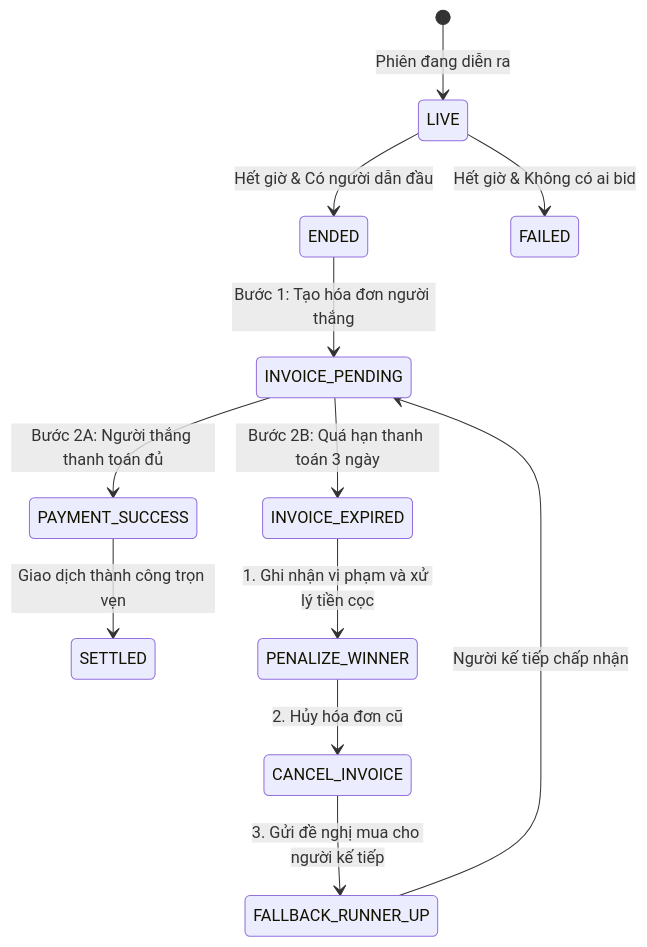
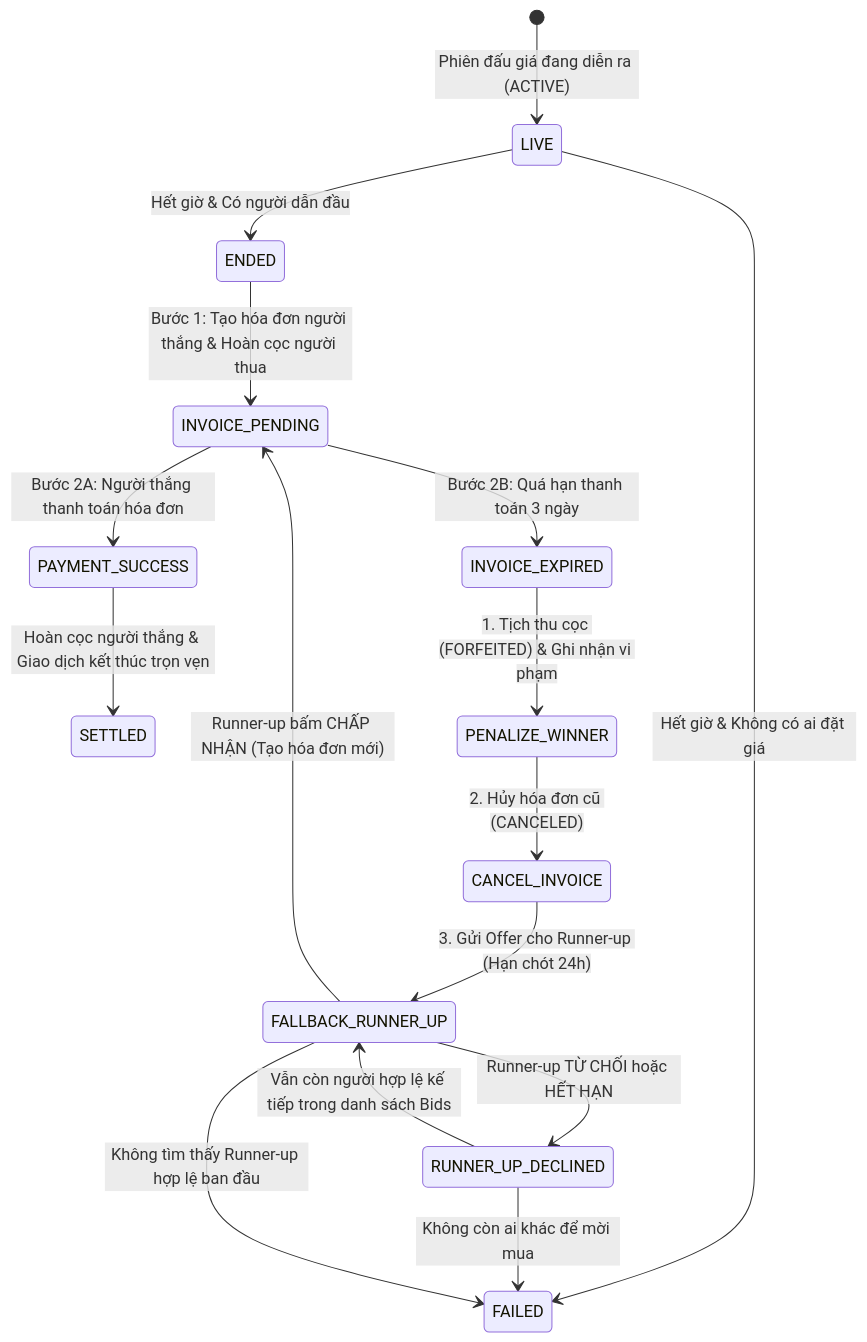
Before and after one commit to introvertkid/bidding-system: the fifth of 5 diagrams in docs/archtecture_specific.md, drawn with Mermaid. The commit also changed other lines of this file and 26 other files, not shown here.

Commit message:
feat(saga): implement post-auction settlement (GP5), mock deposits, and update architecture spec

````diff
--- a/docs/archtecture_specific.md
+++ b/docs/archtecture_specific.md
@@ -286,16 +349,21 @@
 ```mermaid
 stateDiagram-v2
-    [*] --> LIVE: Phiên đang diễn ra
+    [*] --> LIVE: Phiên đấu giá đang diễn ra (ACTIVE)
     LIVE --> ENDED: Hết giờ & Có người dẫn đầu
-    LIVE --> FAILED: Hết giờ & Không có ai bid
+    LIVE --> FAILED: Hết giờ & Không có ai đặt giá
 
-    ENDED --> INVOICE_PENDING: Bước 1: Tạo hóa đơn người thắng
-    INVOICE_PENDING --> PAYMENT_SUCCESS: Bước 2A: Người thắng thanh toán đủ
-    PAYMENT_SUCCESS --> SETTLED: Giao dịch thành công trọn vẹn
+    ENDED --> INVOICE_PENDING: Bước 1: Tạo hóa đơn người thắng & Hoàn cọc người thua
+    INVOICE_PENDING --> PAYMENT_SUCCESS: Bước 2A: Người thắng thanh toán hóa đơn
+    PAYMENT_SUCCESS --> SETTLED: Hoàn cọc người thắng & Giao dịch kết thúc trọn vẹn
 
     INVOICE_PENDING --> INVOICE_EXPIRED: Bước 2B: Quá hạn thanh toán 3 ngày
-    INVOICE_EXPIRED --> PENALIZE_WINNER: 1. Ghi nhận vi phạm và xử lý tiền cọc
-    PENALIZE_WINNER --> CANCEL_INVOICE: 2. Hủy hóa đơn cũ
-    CANCEL_INVOICE --> FALLBACK_RUNNER_UP: 3. Gửi đề nghị mua cho người kế tiếp
-    FALLBACK_RUNNER_UP --> INVOICE_PENDING: Người kế tiếp chấp nhận
+    INVOICE_EXPIRED --> PENALIZE_WINNER: 1. Tịch thu cọc (FORFEITED) & Ghi nhận vi phạm
+    PENALIZE_WINNER --> CANCEL_INVOICE: 2. Hủy hóa đơn cũ (CANCELED)
+    CANCEL_INVOICE --> FALLBACK_RUNNER_UP: 3. Gửi Offer cho Runner-up (Hạn chót 24h)
+
+    FALLBACK_RUNNER_UP --> INVOICE_PENDING: Runner-up bấm CHẤP NHẬN (Tạo hóa đơn mới)
+    FALLBACK_RUNNER_UP --> RUNNER_UP_DECLINED: Runner-up TỪ CHỐI hoặc HẾT HẠN
+    RUNNER_UP_DECLINED --> FALLBACK_RUNNER_UP: Vẫn còn người hợp lệ kế tiếp trong danh sách Bids
+    RUNNER_UP_DECLINED --> FAILED: Không còn ai khác để mời mua
+    FALLBACK_RUNNER_UP --> FAILED: Không tìm thấy Runner-up hợp lệ ban đầu
 ```
````
